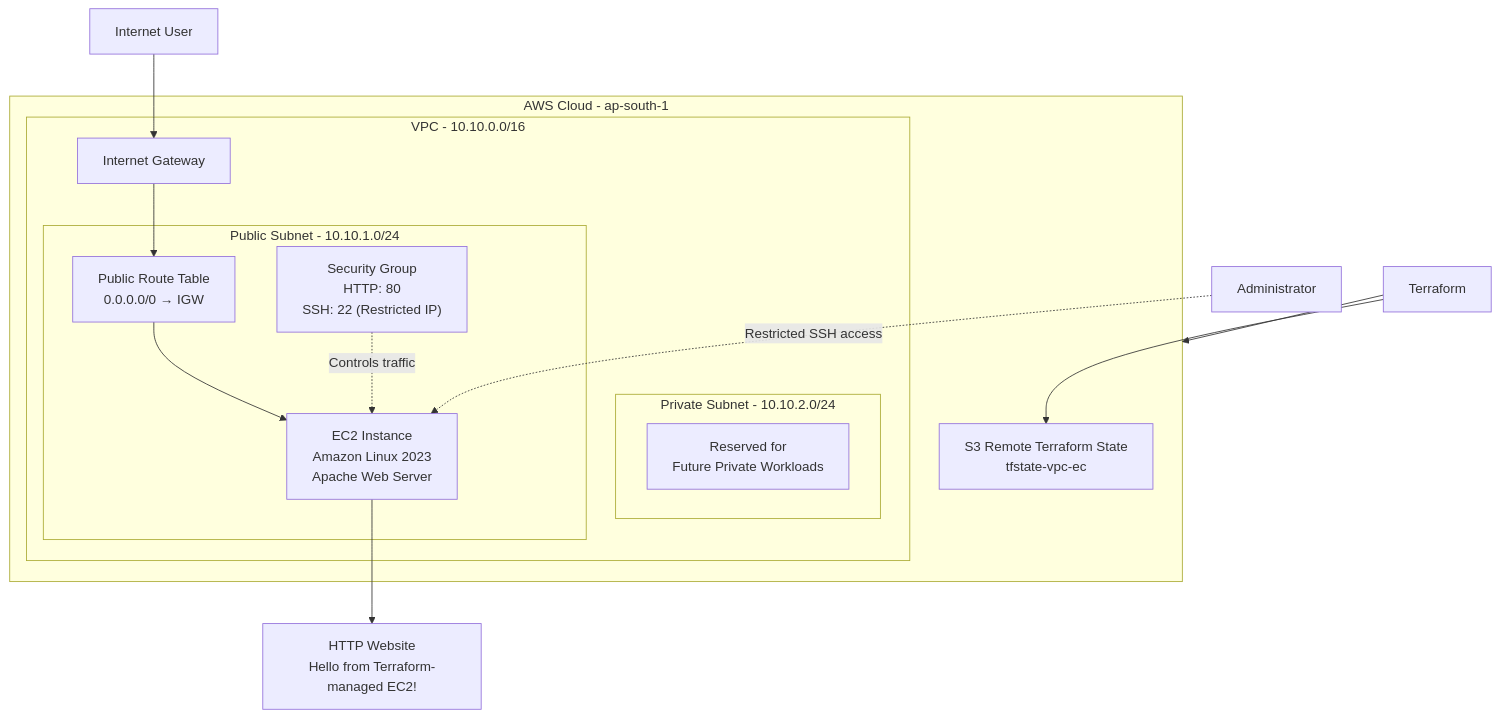
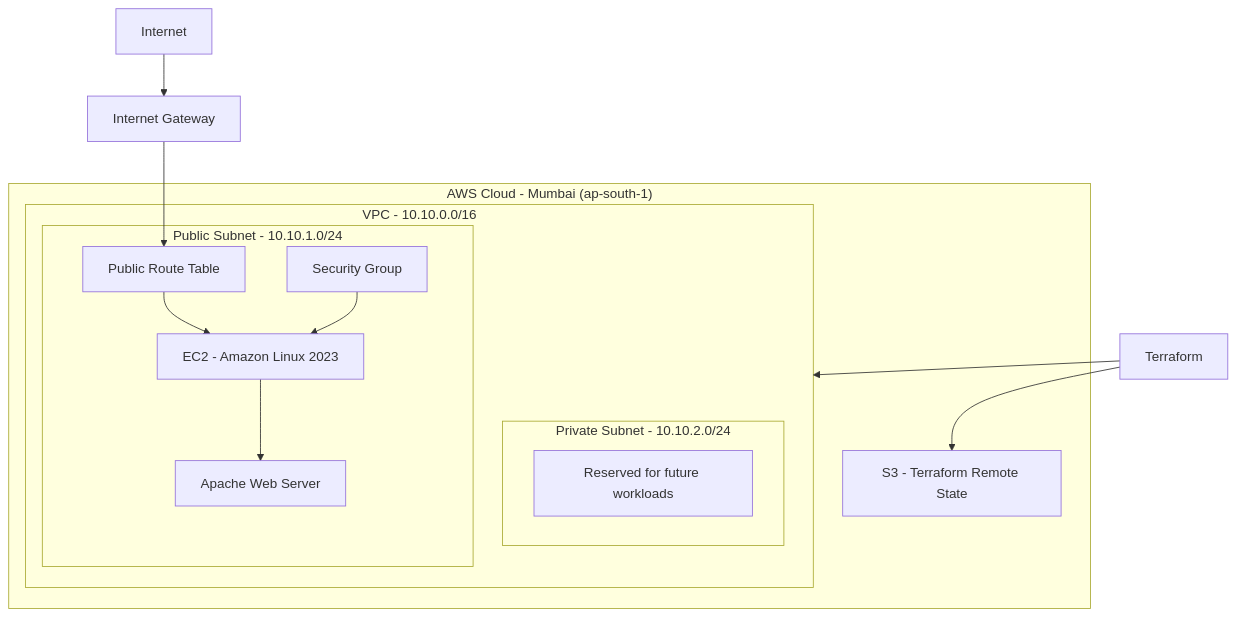
Before and after one commit to testing-acc-actions/vpc-ec2: the diagram in README.md, drawn with Mermaid. The commit also changed other lines of this file, not shown here.

````diff
--- a/README.md
+++ b/README.md
@@ -26,33 +21,30 @@
 ```mermaid
 flowchart TB
-    User["Internet User"]
-    Admin["Administrator"]
+    Internet["Internet"]
+    IGW["Internet Gateway"]
 
-    subgraph AWS["AWS Cloud - ap-south-1"]
+    subgraph AWS["AWS Cloud - Mumbai (ap-south-1)"]
         subgraph VPC["VPC - 10.10.0.0/16"]
-            IGW["Internet Gateway"]
-
             subgraph Public["Public Subnet - 10.10.1.0/24"]
-                RT["Public Route Table<br/>0.0.0.0/0 → IGW"]
-                SG["Security Group<br/>HTTP: 80<br/>SSH: 22 (Restricted IP)"]
-                EC2["EC2 Instance<br/>Amazon Linux 2023<br/>Apache Web Server"]
+                RT["Public Route Table"]
+                SG["Security Group"]
+                EC2["EC2 - Amazon Linux 2023"]
+                Apache["Apache Web Server"]
             end
 
             subgraph Private["Private Subnet - 10.10.2.0/24"]
-                PrivateResources["Reserved for<br/>Future Private Workloads"]
+                Future["Reserved for future workloads"]
             end
         end
 
-        S3["S3 Remote Terraform State<br/>tfstate-vpc-ec"]
+        S3["S3 - Terraform Remote State"]
     end
 
-    User --> IGW
+    Internet --> IGW
     IGW --> RT
     RT --> EC2
-    SG -. "Controls traffic" .-> EC2
-    Admin -. "Restricted SSH access" .-> EC2
-    EC2 --> Web["HTTP Website<br/>Hello from Terraform-managed EC2!"]
-
-    Terraform["Terraform"] --> AWS
+    SG --> EC2
+    EC2 --> Apache
+    Terraform["Terraform"] --> VPC
     Terraform --> S3
 ```
````
